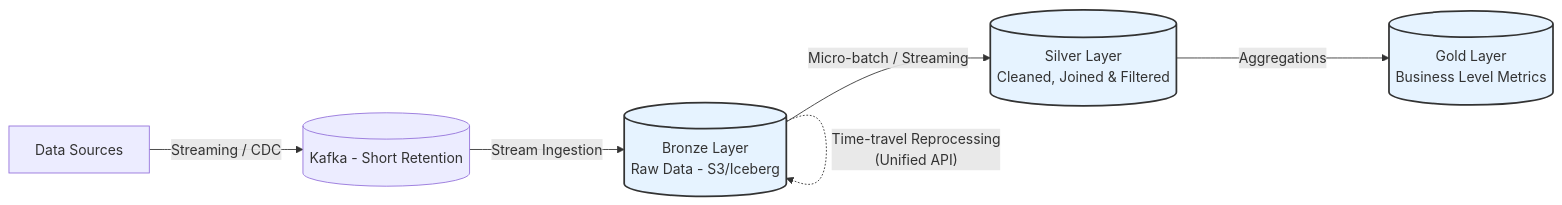
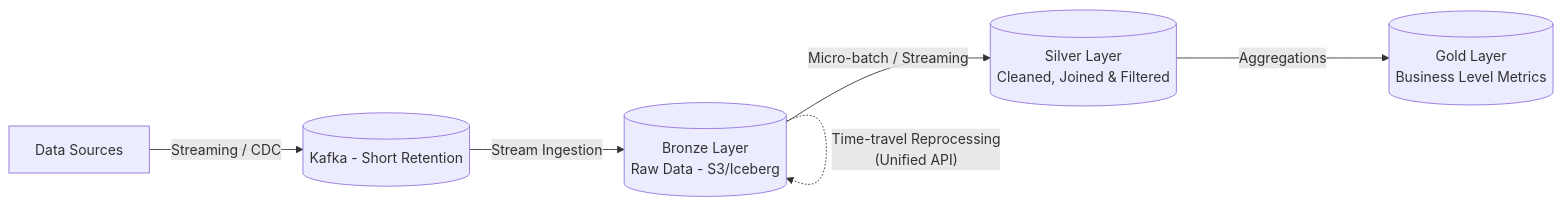
Before and after one commit to kythuatdulieu/kythuatdulieu.github.io: the third of 3 diagrams in src/content/docs/projects/system-design/lambda-vs-kappa-architecture.md, drawn with Mermaid. The commit also changed other lines of this file and 686 other files, not shown here.

````diff
--- a/src/content/docs/projects/system-design/lambda-vs-kappa-architecture.md
+++ b/src/content/docs/projects/system-design/lambda-vs-kappa-architecture.md
@@ -213,12 +213,10 @@
 ```mermaid
 flowchart LR
     A["Data Sources"] -->|Streaming / CDC| B[("Kafka - Short Retention")]
     B -->|Stream Ingestion| C[("Bronze Layer\nRaw Data - S3/Iceberg")]
     C -->|Micro-batch / Streaming| D[("Silver Layer\nCleaned, Joined & Filtered")]
     D -->|Aggregations| E[("Gold Layer\nBusiness Level Metrics")]
     
     C -.->|"Time-travel Reprocessing\n(Unified API)"| C
-    
-    classDef lakehouse fill:#e6f3ff,stroke:#333,stroke-width:2px;
     class C,D,E lakehouse;
 ```
````
